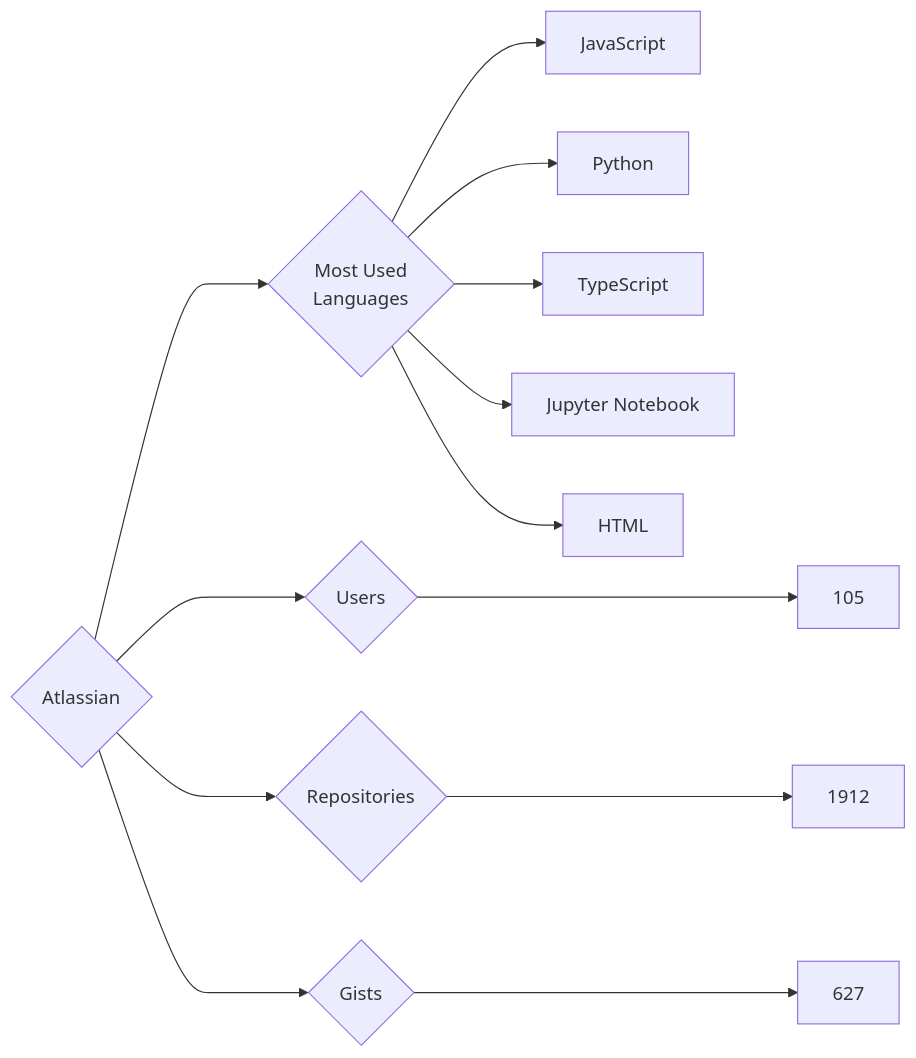
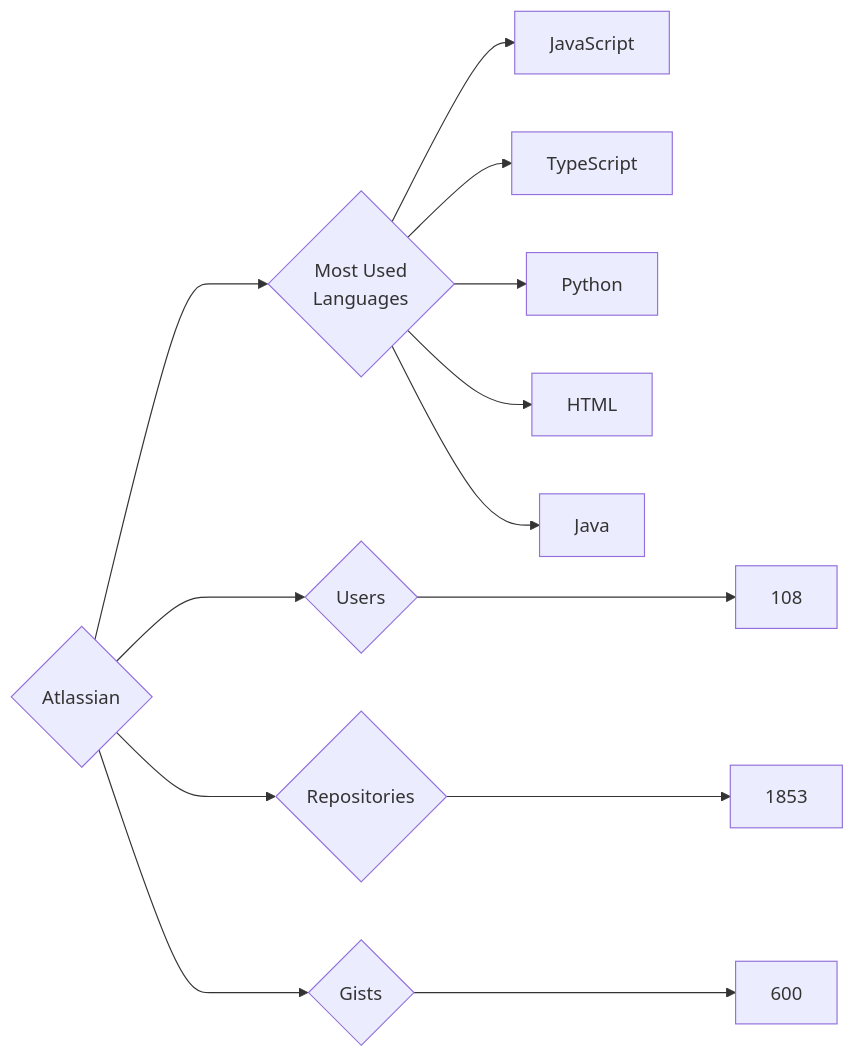
One commit to trickest/insiders changed the diagram in targets/Atlassian/README.md. Above: the diagram before and after it, drawn with Mermaid. The commit also changed 749 other files, not shown here.

````diff
--- a/targets/Atlassian/README.md
+++ b/targets/Atlassian/README.md
@@ -3,13 +3,13 @@
 ```mermaid
 graph LR
 COMPANY_NAME{Atlassian}
-COMPANY_NAME ---> U{Users} ---> UN[105]
-COMPANY_NAME ---> R{Repositories} ---> RN[1912]
-COMPANY_NAME ---> G{Gists} ---> GN[627]
+COMPANY_NAME ---> U{Users} ---> UN[108]
+COMPANY_NAME ---> R{Repositories} ---> RN[1853]
+COMPANY_NAME ---> G{Gists} ---> GN[600]
 COMPANY_NAME ---> ML{Most Used<br>Languages}
 ML --> JavaScript[JavaScript]
+ML --> TypeScript[TypeScript]
 ML --> Python[Python]
-ML --> TypeScript[TypeScript]
-ML --> Jupyter_Notebook[Jupyter Notebook]
 ML --> HTML[HTML]
+ML --> Java[Java]
 ```
````
